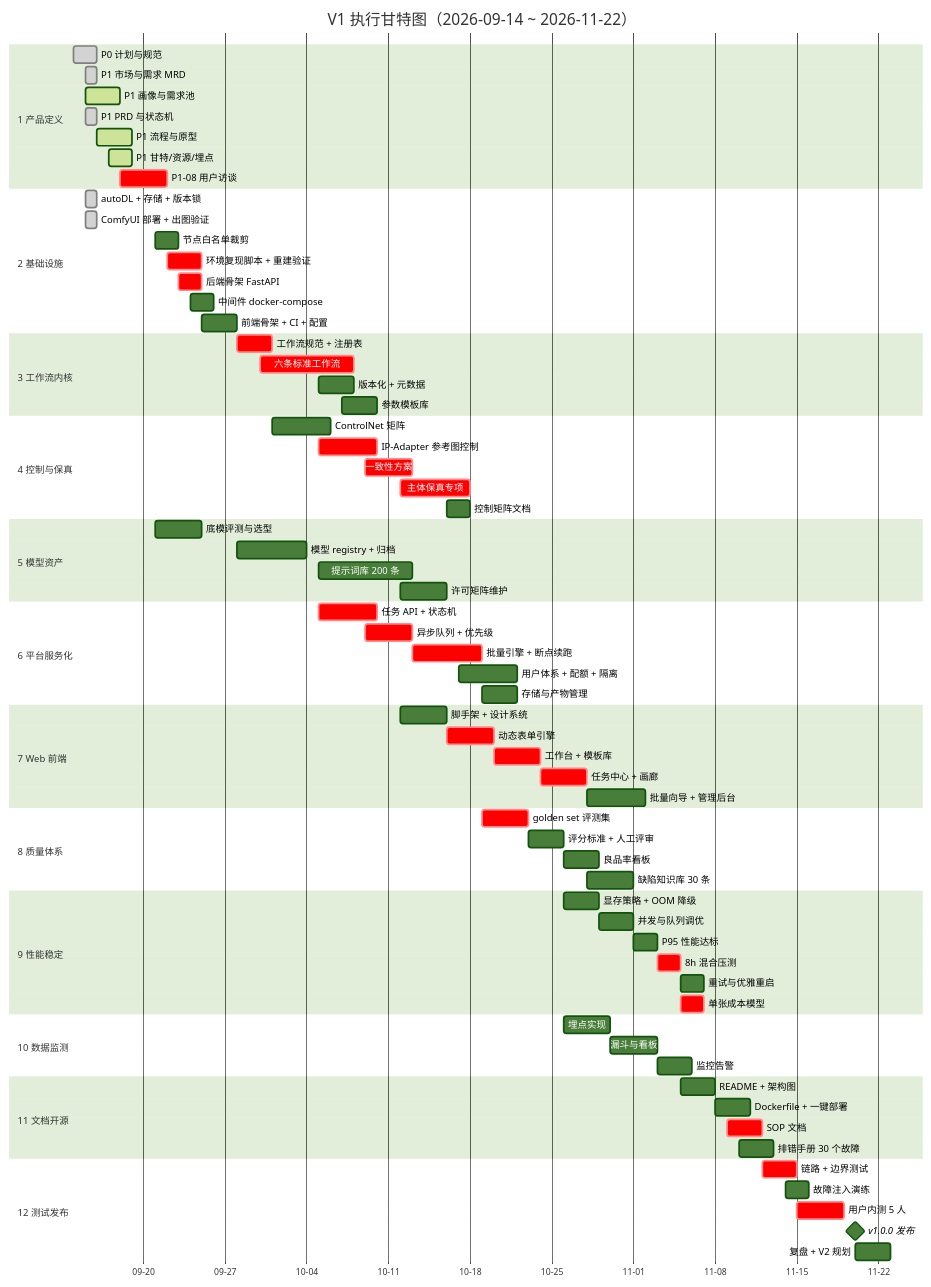
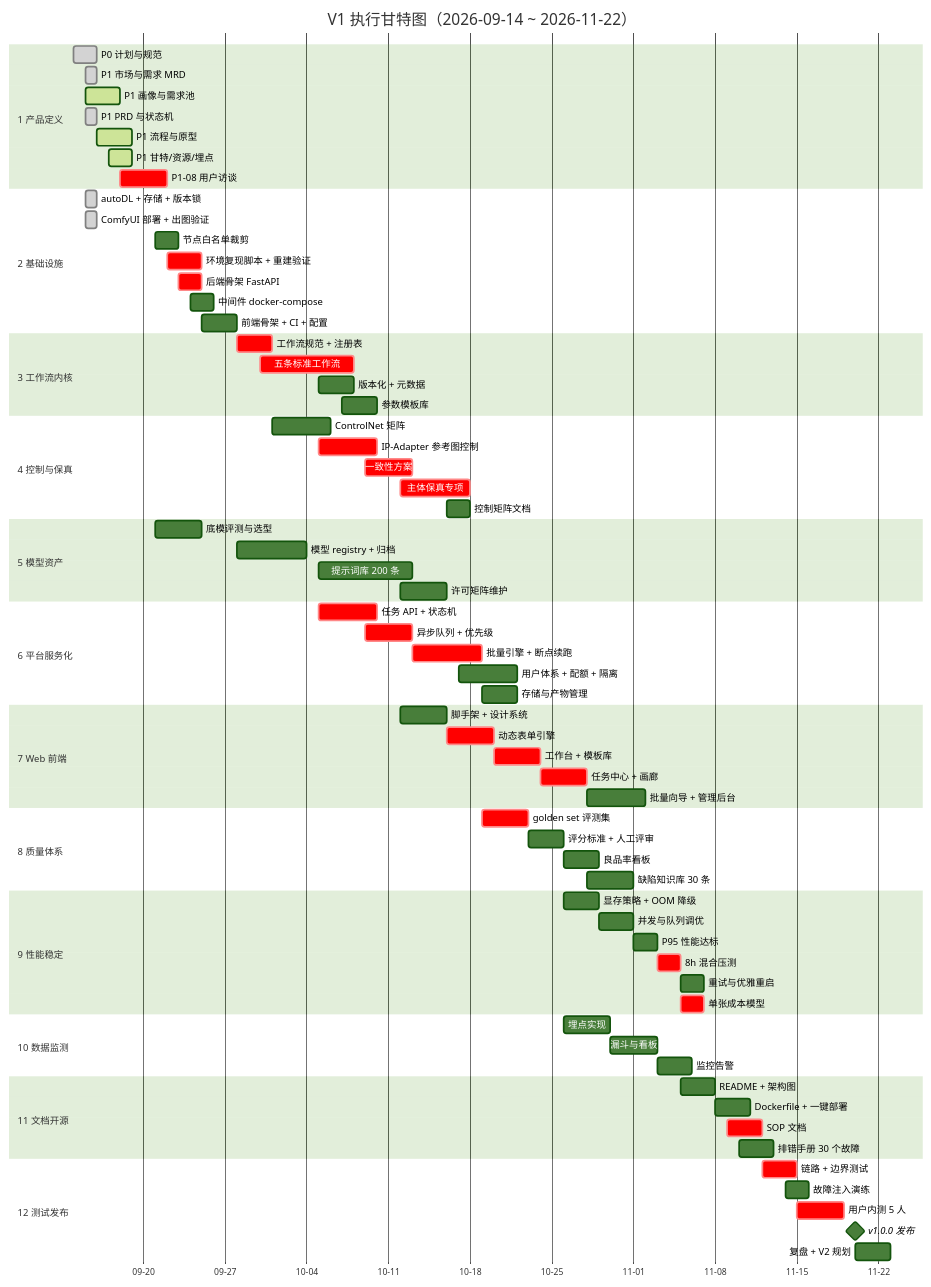
Before and after one commit to Peterwong666/comfyui-ecommerce-vision: the diagram in docs/prd/gantt.md, drawn with Mermaid (forest theme). The commit also changed other lines of this file and 11 other files, not shown here.

```diff
--- a/docs/prd/gantt.md
+++ b/docs/prd/gantt.md
@@ -165,7 +165,7 @@
 
     section 3 工作流内核
     工作流规范 + 注册表      :crit,    p3a, 2026-09-28, 3d
-    六条标准工作流           :crit,    p3b, 2026-09-30, 8d
+    五条标准工作流           :crit,    p3b, 2026-09-30, 8d
     版本化 + 元数据          :         p3c, 2026-10-05, 3d
     参数模板库               :         p3d, 2026-10-07, 3d
 
```
